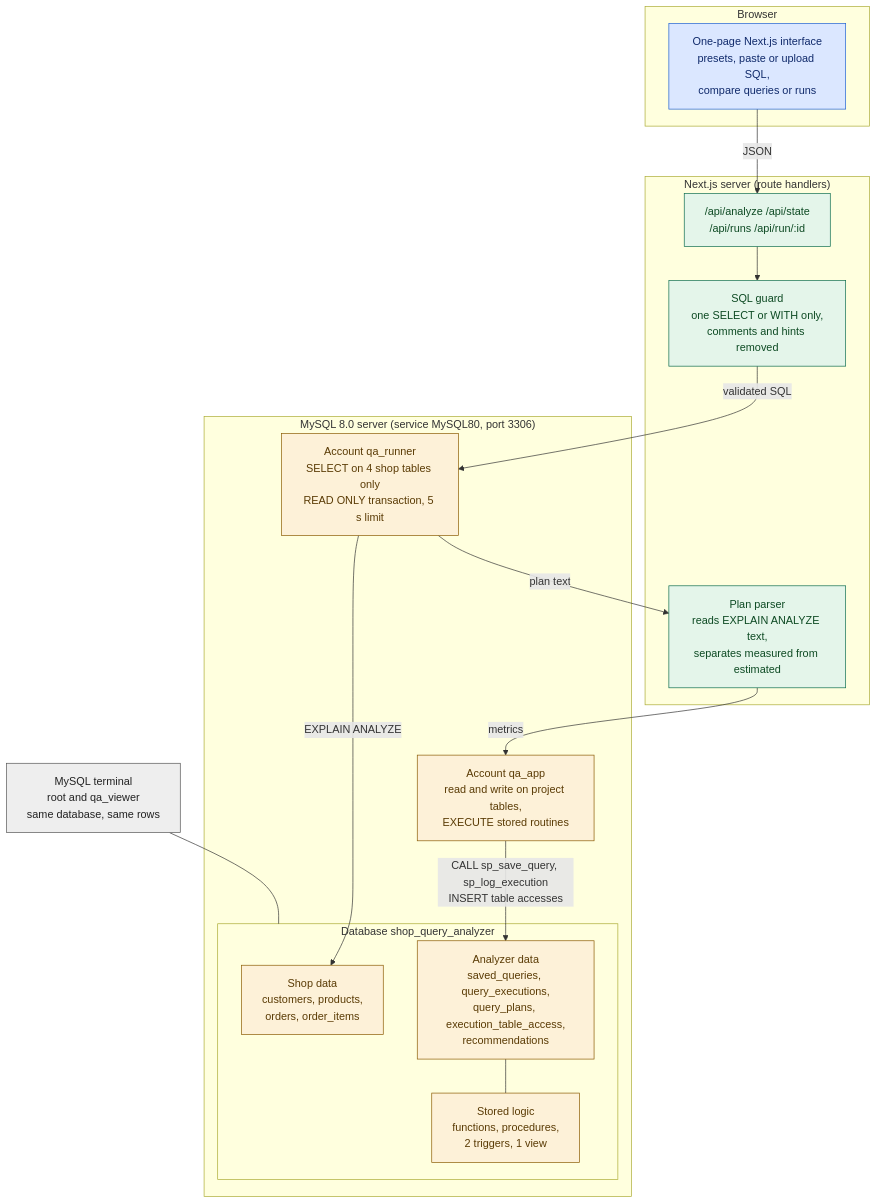
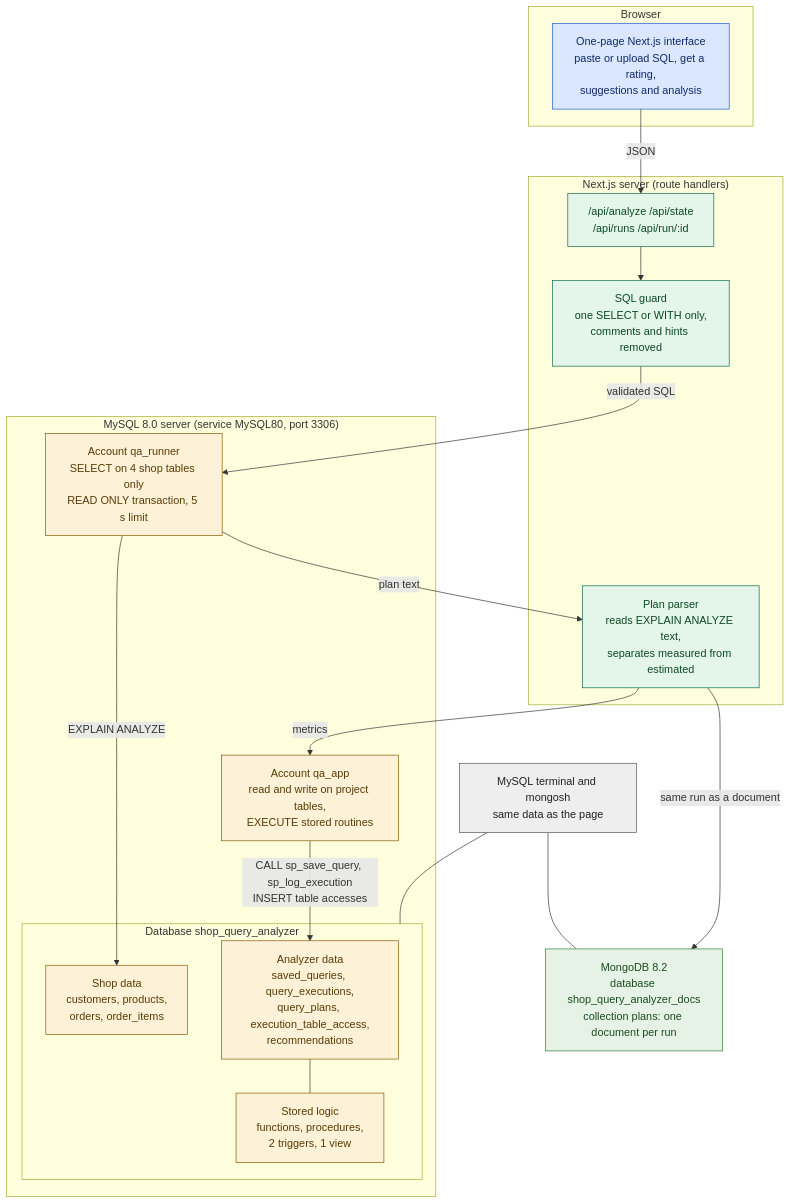
Before and after one commit to ThouSyntaxTerror/Query-Performance-Analyzer: the diagram in docs/diagrams/architecture.mmd, drawn with Mermaid. The commit also changed 18 other files, not shown here.

Commit message:
Add MongoDB as the NoSQL database, document the NoSQL data model, add a HAVING example

```diff
--- a/docs/diagrams/architecture.mmd
+++ b/docs/diagrams/architecture.mmd
@@ -1,36 +1,41 @@
 flowchart TD
     subgraph Client["Browser"]
-        UI["One-page Next.js interface<br/>presets, paste or upload SQL,<br/>compare queries or runs"]
+        UI["One-page Next.js interface<br/>paste or upload SQL, get a rating,<br/>suggestions and analysis"]
     end
     subgraph Server["Next.js server (route handlers)"]
         API["/api/analyze  /api/state<br/>/api/runs  /api/run/:id"]
         GUARD["SQL guard<br/>one SELECT or WITH only,<br/>comments and hints removed"]
         PARSE["Plan parser<br/>reads EXPLAIN ANALYZE text,<br/>separates measured from estimated"]
     end
     subgraph MySQL["MySQL 8.0 server (service MySQL80, port 3306)"]
         RUNNER["Account qa_runner<br/>SELECT on 4 shop tables only<br/>READ ONLY transaction, 5 s limit"]
         APP["Account qa_app<br/>read and write on project tables,<br/>EXECUTE stored routines"]
         subgraph DB["Database shop_query_analyzer"]
             SHOP["Shop data<br/>customers, products,<br/>orders, order_items"]
             ANA["Analyzer data<br/>saved_queries, query_executions,<br/>query_plans, execution_table_access,<br/>recommendations"]
             LOGIC["Stored logic<br/>functions, procedures,<br/>2 triggers, 1 view"]
         end
     end
-    TERM["MySQL terminal<br/>root and qa_viewer<br/>same database, same rows"]
+    MONGO["MongoDB 8.2<br/>database shop_query_analyzer_docs<br/>collection plans: one document per run"]
+    TERM["MySQL terminal and mongosh<br/>same data as the page"]
     UI -->|"JSON"| API
     API --> GUARD
     GUARD -->|"validated SQL"| RUNNER
     RUNNER -->|"EXPLAIN ANALYZE"| SHOP
     RUNNER -->|"plan text"| PARSE
     PARSE -->|"metrics"| APP
     APP -->|"CALL sp_save_query, sp_log_execution<br/>INSERT table accesses"| ANA
     ANA --- LOGIC
+    PARSE -->|"same run as a document"| MONGO
     TERM --- DB
+    TERM --- MONGO
     classDef ui fill:#dbe7ff,stroke:#1d5fd1,color:#102a6b
     classDef srv fill:#e4f5ea,stroke:#0b6b4d,color:#0d4a23
     classDef db fill:#fdf1d8,stroke:#8a5a00,color:#5a3b05
+    classDef nosql fill:#e6f2e6,stroke:#2e7d32,color:#1b4d1e
     classDef term fill:#eee,stroke:#555,color:#222
     class UI ui
     class API,GUARD,PARSE srv
     class RUNNER,APP,SHOP,ANA,LOGIC db
+    class MONGO nosql
     class TERM term
```
